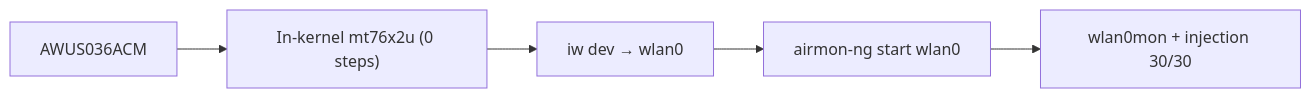
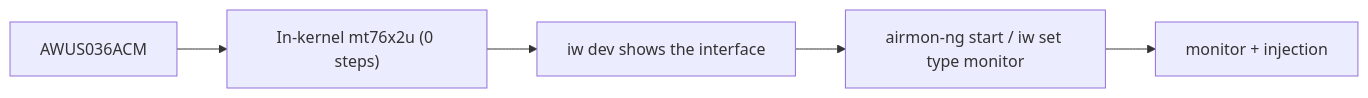
The diagram in docs/01-alfa-network/products/awus036acm/index.md (yopitek/yupitek-wiki), drawn with Mermaid before and after one commit. The commit also changed other lines of this file and 108 other files, not shown here.

````diff
--- a/docs/01-alfa-network/products/awus036acm/index.md
+++ b/docs/01-alfa-network/products/awus036acm/index.md
@@ -60,7 +105,7 @@
 ```mermaid
 flowchart LR
     A["AWUS036ACM"] --> B["In-kernel mt76x2u (0 steps)"]
-    B --> C["iw dev → wlan0"]
-    C --> D["airmon-ng start wlan0"]
-    D --> E["wlan0mon + injection 30/30"]
+    B --> C["iw dev shows the interface"]
+    C --> D["airmon-ng start / iw set type monitor"]
+    D --> E["monitor + injection"]
 ```
````
